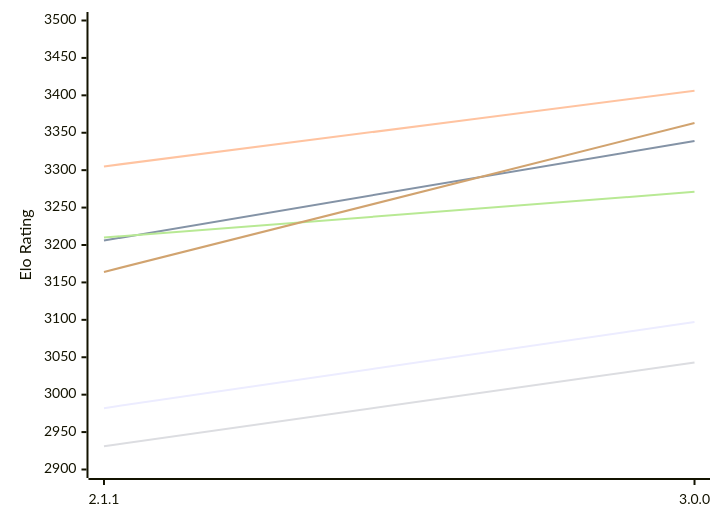
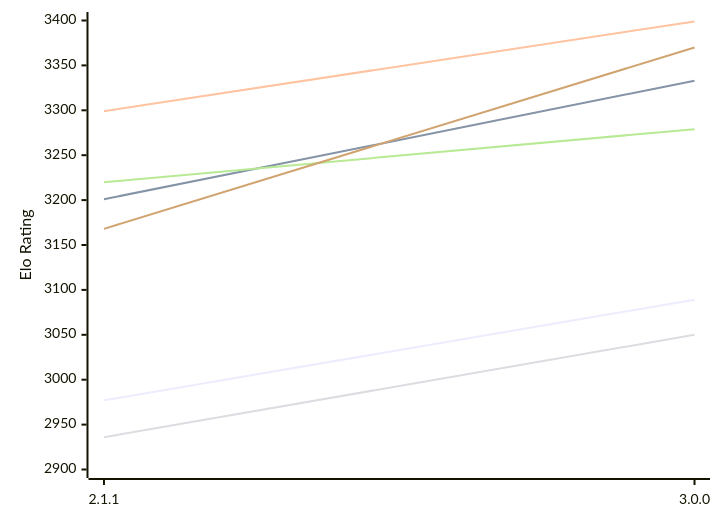
Before and after one commit to computer-chess-index/cci: the first of 2 diagrams in engines/Bread.md, drawn with Mermaid. The commit also changed other lines of this file, not shown here.

Commit message:
Update CCI Ratings (ELO VLTC) - 2026-11-18

````diff
--- a/engines/Bread.md
+++ b/engines/Bread.md
@@ -51,12 +51,12 @@
 ```mermaid
 %%{init: {"theme":"base","themeVariables":{"seriesColors:['#a3a3a3','#222221','#faa371']}}}%%
 xychart-beta
   x-axis ["2.1.1", "3.0.0"]
-  y-axis "Elo Rating" 2900 --> 3500
-  line "E1: STC (8.0+0.08s)" [2982, 3097]
-  line "E1: LTC (60.0+0.60s)" [3206, 3339]
-  line "E1: VLTC (2m24s+1.12s)" [3305, 3406]
-  line "P1: STC (8.0+0.08s)" [2931, 3043]
-  line "P1: LTC (60.0+0.60s)" [3210, 3271]
-  line "P1: VLTC (2m24s+1.12s)" [3164, 3363]
+  y-axis "Elo Rating" 2900 --> 3400
+  line "E1: STC (8.0+0.08s)" [2977, 3089]
+  line "E1: LTC (60.0+0.60s)" [3201, 3333]
+  line "E1: VLTC (2m24s+1.12s)" [3299, 3399]
+  line "P1: STC (8.0+0.08s)" [2936, 3050]
+  line "P1: LTC (60.0+0.60s)" [3220, 3279]
+  line "P1: VLTC (2m24s+1.12s)" [3168, 3370]
 ```
````
